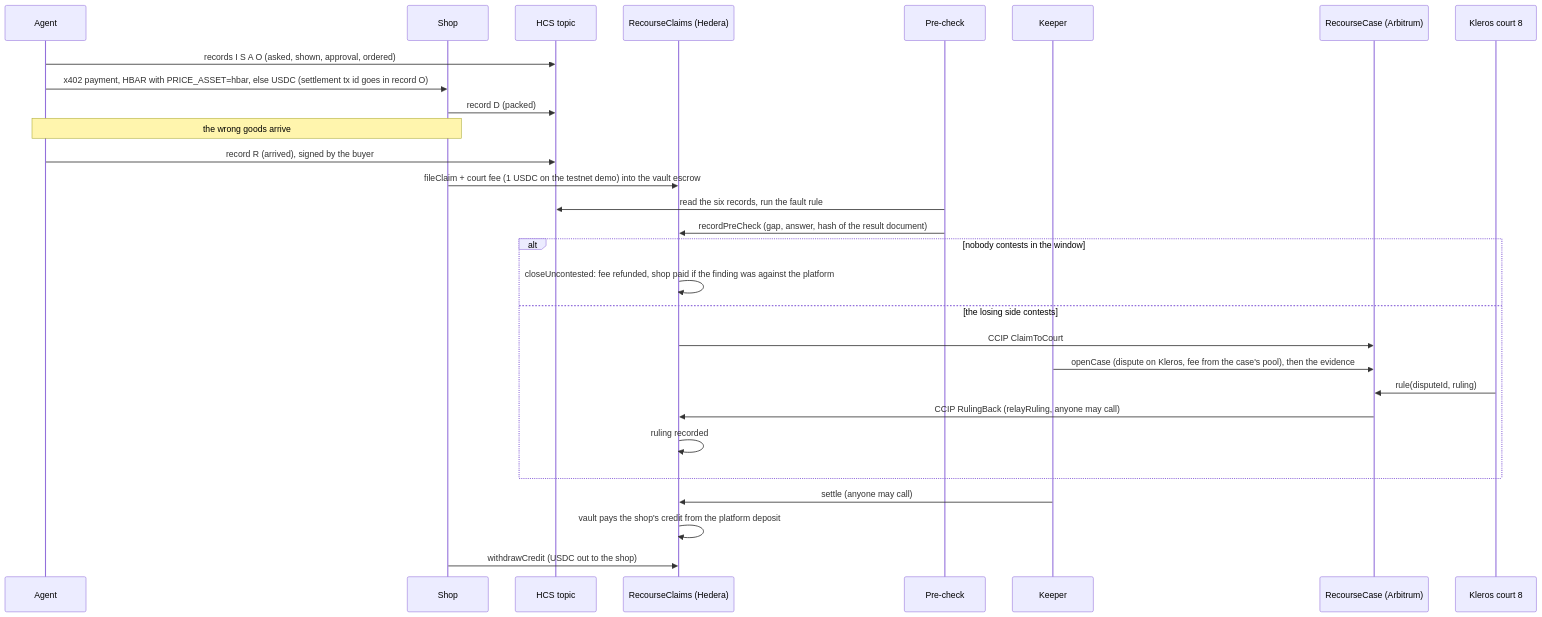
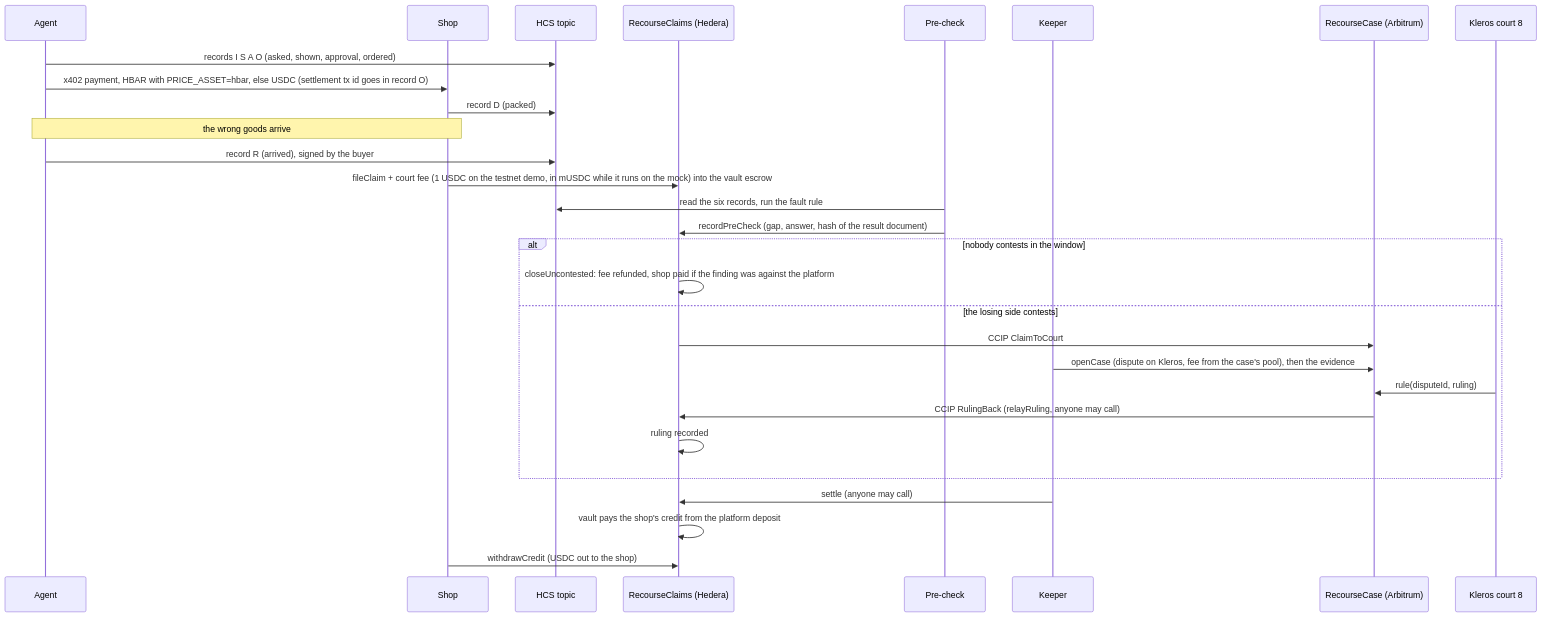
Before and after one commit to mani99brar/recourse: the second of 2 diagrams in README.md, drawn with Mermaid. The commit also changed other lines of this file and 54 other files, not shown here.

````diff
--- a/README.md
+++ b/README.md
@@ -60,31 +60,31 @@
 ```mermaid
 sequenceDiagram
   participant Ag as Agent
   participant Sh as Shop
   participant HCS as HCS topic
   participant CL as RecourseClaims (Hedera)
   participant PC as Pre-check
   participant KP as Keeper
   participant RC as RecourseCase (Arbitrum)
   participant K as Kleros court 8
   Ag->>HCS: records I S A O (asked, shown, approval, ordered)
   Ag->>Sh: x402 payment, HBAR with PRICE_ASSET=hbar, else USDC (settlement tx id goes in record O)
   Sh->>HCS: record D (packed)
   Note over Ag,Sh: the wrong goods arrive
   Ag->>HCS: record R (arrived), signed by the buyer
-  Sh->>CL: fileClaim + court fee (1 USDC on the testnet demo) into the vault escrow
+  Sh->>CL: fileClaim + court fee (1 USDC on the testnet demo, in mUSDC while it runs on the mock) into the vault escrow
   PC->>HCS: read the six records, run the fault rule
   PC->>CL: recordPreCheck (gap, answer, hash of the result document)
   alt nobody contests in the window
     CL->>CL: closeUncontested: fee refunded, shop paid if the finding was against the platform
   else the losing side contests
     CL->>RC: CCIP ClaimToCourt
     KP->>RC: openCase (dispute on Kleros, fee from the case's pool), then the evidence
     K->>RC: rule(disputeId, ruling)
     RC->>CL: CCIP RulingBack (relayRuling, anyone may call)
     CL->>CL: ruling recorded
   end
   KP->>CL: settle (anyone may call)
   CL->>CL: vault pays the shop's credit from the platform deposit
   Sh->>CL: withdrawCredit (USDC out to the shop)
 ```
````
